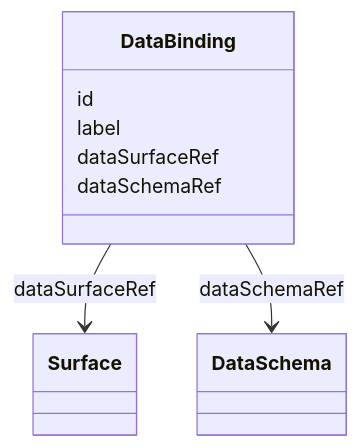
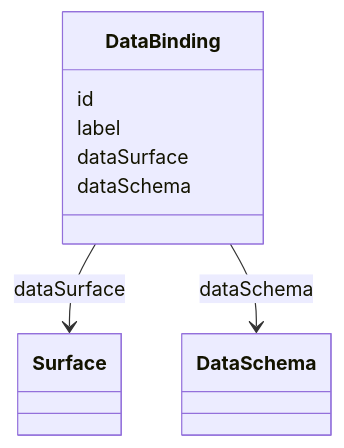
Before and after one commit to openuji/spec-ujg: the second of 2 diagrams in specs/ed/modules/data-contract/index.md, drawn with Mermaid. The commit also changed other lines of this file and 370 other files, not shown here.

````diff
--- a/specs/ed/modules/data-contract/index.md
+++ b/specs/ed/modules/data-contract/index.md
@@ -73,13 +68,13 @@
 ```mermaid
 classDiagram
   class Surface
   class DataSchema
   class DataBinding {
     id
     label
-    dataSurfaceRef
-    dataSchemaRef
+    dataSurface
+    dataSchema
   }
-  DataBinding --> Surface : dataSurfaceRef
-  DataBinding --> DataSchema : dataSchemaRef
+  DataBinding --> Surface : dataSurface
+  DataBinding --> DataSchema : dataSchema
 ```
````
